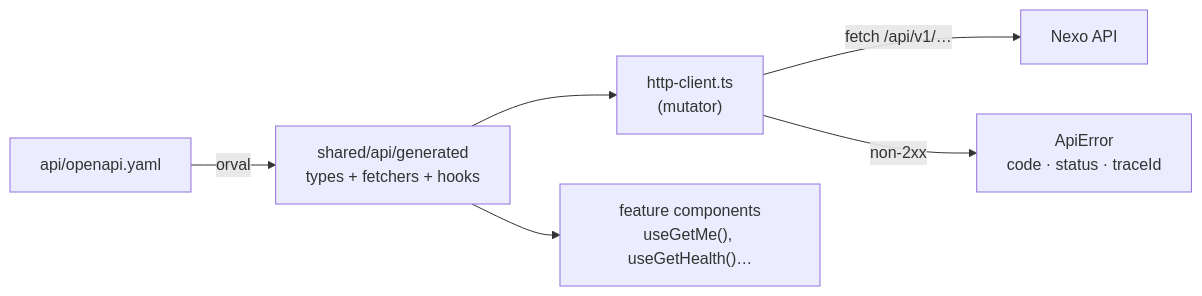
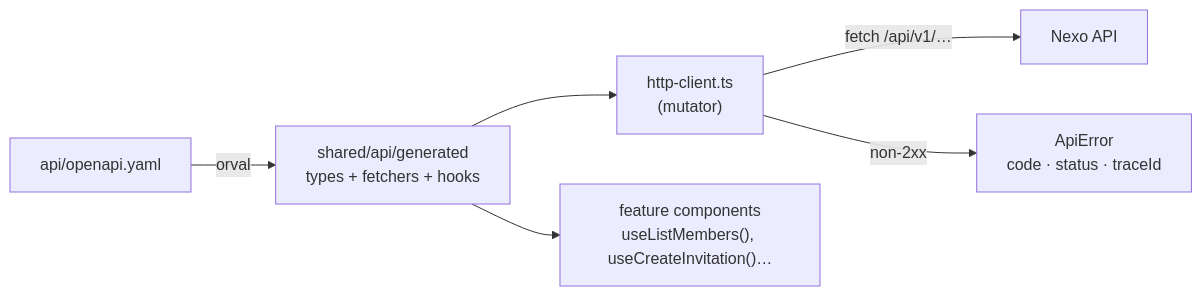
The second of 2 diagrams in docs/frontend/README.md (JRamonCarralero/nexo), drawn with Mermaid before and after one commit. The commit also changed other lines of this file and 85 other files, not shown here.

````diff
--- a/docs/frontend/README.md
+++ b/docs/frontend/README.md
@@ -107,8 +146,8 @@
 ```mermaid
 flowchart LR
     contract["api/openapi.yaml"] -->|orval| gen["shared/api/generated<br/>types + fetchers + hooks"]
     gen --> mutator["http-client.ts<br/>(mutator)"]
     mutator -->|"fetch /api/v1/…"| api["Nexo API"]
     mutator -->|non-2xx| err["ApiError<br/>code · status · traceId"]
-    gen --> comp["feature components<br/>useGetMe(), useGetHealth()…"]
+    gen --> comp["feature components<br/>useListMembers(), useCreateInvitation()…"]
 ```
````
